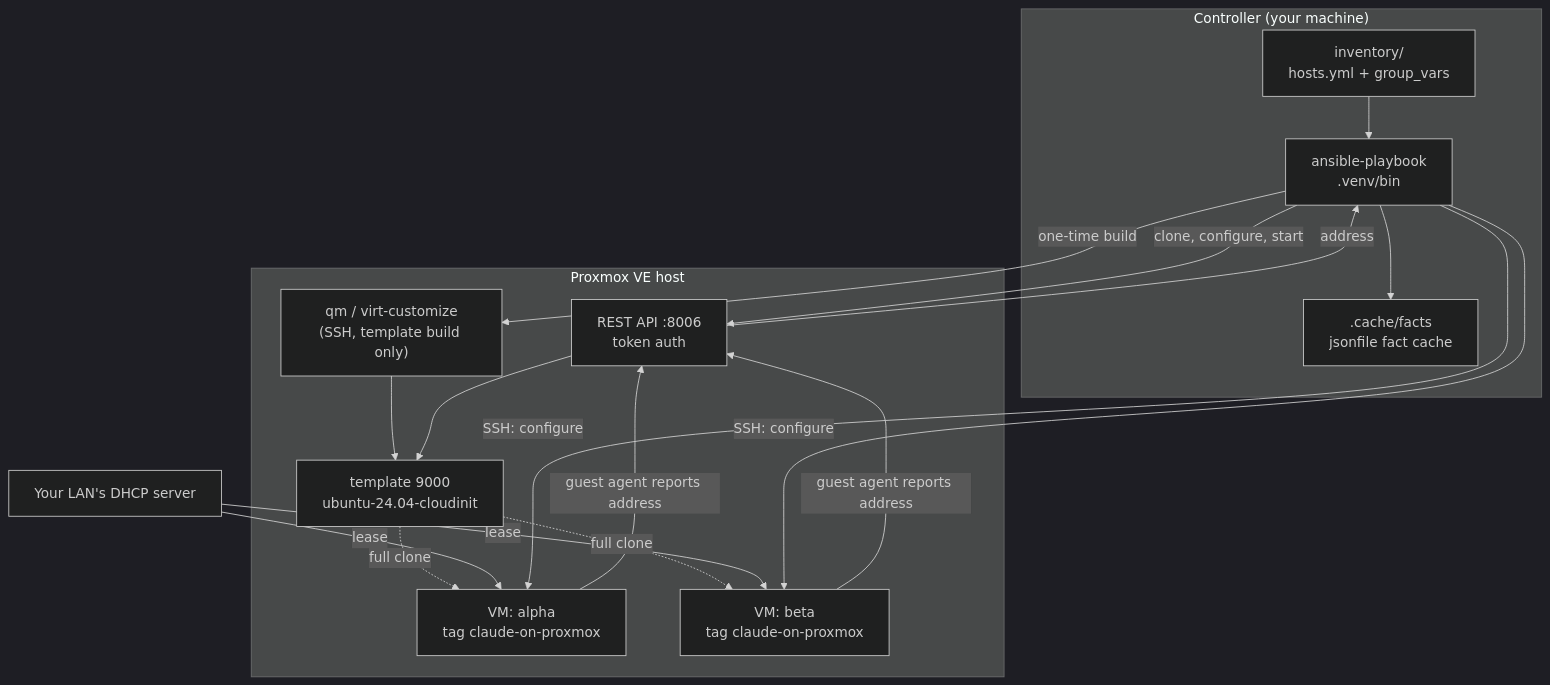
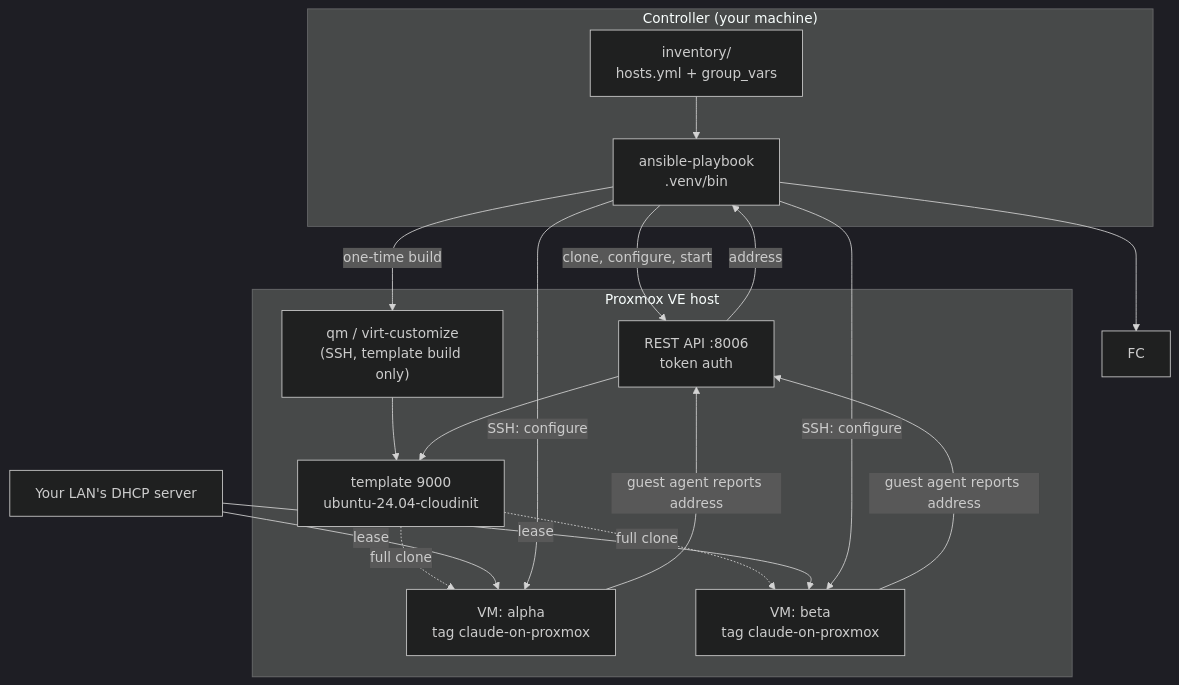
The first of 3 diagrams in ARCHITECTURE.md (kawadeomkar/claude-on-proxmox), drawn with Mermaid (dark theme) before and after one commit. The commit also changed other lines of this file and 4 other files, not shown here.

First line of the commit message:
docs: the manual, the architecture, the agent rules and the conventions

````diff
--- a/ARCHITECTURE.md
+++ b/ARCHITECTURE.md
@@ -56,32 +56,31 @@
 ```mermaid
 flowchart TB
     subgraph C["Controller (your machine)"]
         A["ansible-playbook<br/>.venv/bin"]
-        FC[".cache/facts<br/>jsonfile fact cache"]
         INV["inventory/<br/>hosts.yml + group_vars"]
     end
     subgraph P["Proxmox VE host"]
         API["REST API :8006<br/>token auth"]
         QM["qm / virt-customize<br/>(SSH, template build only)"]
         TPL["template 9000<br/>ubuntu-24.04-cloudinit"]
         VM1["VM: alpha<br/>tag claude-on-proxmox"]
         VM2["VM: beta<br/>tag claude-on-proxmox"]
     end
     DHCP["Your LAN's DHCP server"]
 
     A -->|"clone, configure, start"| API
     A -->|"one-time build"| QM
     QM --> TPL
     API --> TPL
     TPL -.->|"full clone"| VM1
     TPL -.->|"full clone"| VM2
     DHCP -->|"lease"| VM1
     DHCP -->|"lease"| VM2
     VM1 -->|"guest agent reports address"| API
     VM2 -->|"guest agent reports address"| API
     API -->|"address"| A
     A -->|"SSH: configure"| VM1
     A -->|"SSH: configure"| VM2
     INV --> A
     A --> FC
 ```
````
